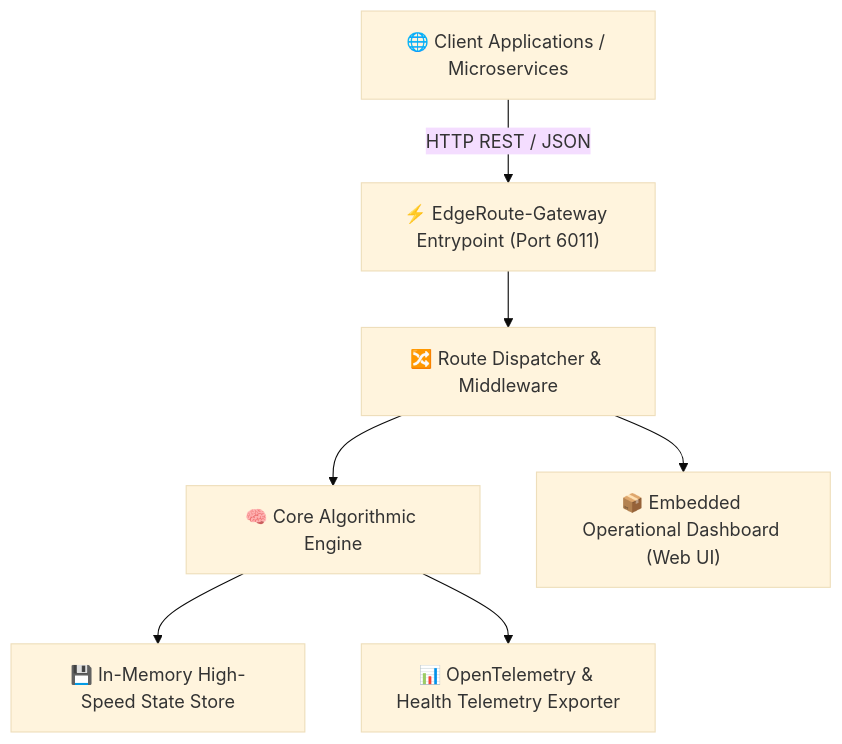
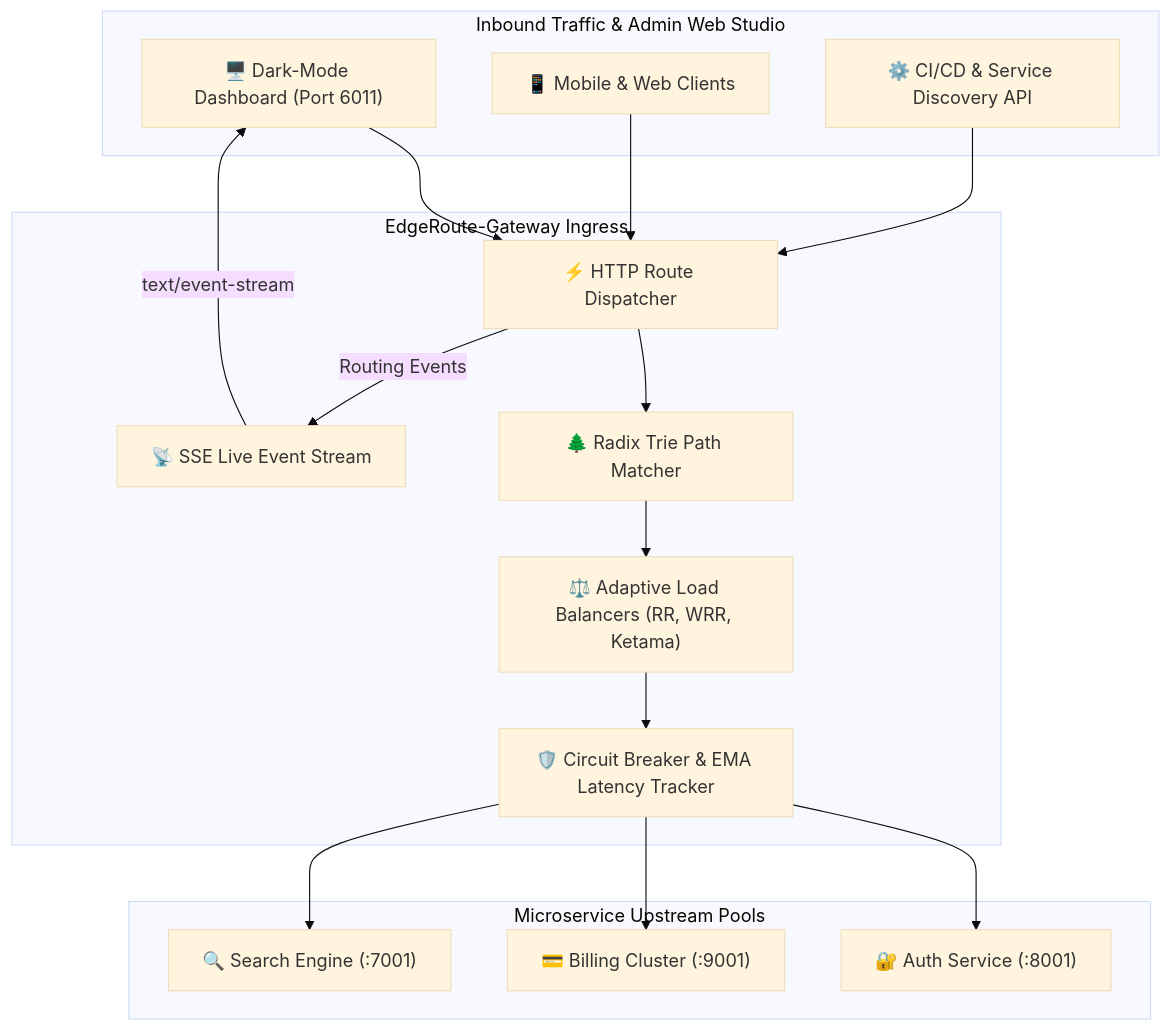
The diagram in README.md (alinurettin/EdgeRoute-Gateway), drawn with Mermaid (base theme) before and after one commit. The commit also changed other lines of this file and 11 other files, not shown here.

Commit message:
feat(core): upgrade to v2.0.0 with Radix Trie router, smooth weighted round-robin, Ketama consistent hashing, and circuit breaking

````diff
--- a/README.md
+++ b/README.md
@@ -22,9 +22,30 @@
 ```mermaid
 flowchart TD
-    Client["🌐 Client Applications / Microservices"] -->|HTTP REST / JSON| Gateway["⚡ EdgeRoute-Gateway Entrypoint (Port 6011)"]
-    Gateway --> Router["🔀 Route Dispatcher & Middleware"]
-    Router --> Engine["🧠 Core Algorithmic Engine"]
-    Engine --> Storage["💾 In-Memory High-Speed State Store"]
-    Router --> Static["📦 Embedded Operational Dashboard (Web UI)"]
-    Engine --> Metrics["📊 OpenTelemetry & Health Telemetry Exporter"]
+    subgraph Clients [Inbound Traffic & Admin Web Studio]
+        Web["🖥️ Dark-Mode Dashboard (Port 6011)"]
+        Client["📱 Mobile & Web Clients"]
+        CLI["⚙️ CI/CD & Service Discovery API"]
+    end
+
+    subgraph CoreEngine [EdgeRoute-Gateway Ingress]
+        Router["⚡ HTTP Route Dispatcher"]
+        Trie["🌲 Radix Trie Path Matcher"]
+        Balancer["⚖️ Adaptive Load Balancers (RR, WRR, Ketama)"]
+        Circuit["🛡️ Circuit Breaker & EMA Latency Tracker"]
+        SSE["📡 SSE Live Event Stream"]
+    end
+
+    subgraph BackendClusters [Microservice Upstream Pools]
+        Auth["🔐 Auth Service (:8001)"]
+        Billing["💳 Billing Cluster (:9001)"]
+        Search["🔍 Search Engine (:7001)"]
+    end
+
+    Client --> Router
+    Web --> Router
+    CLI --> Router
+    Router --> Trie --> Balancer --> Circuit
+    Circuit --> Auth & Billing & Search
+    Router -->|Routing Events| SSE
+    SSE -->|text/event-stream| Web
 ```
````
